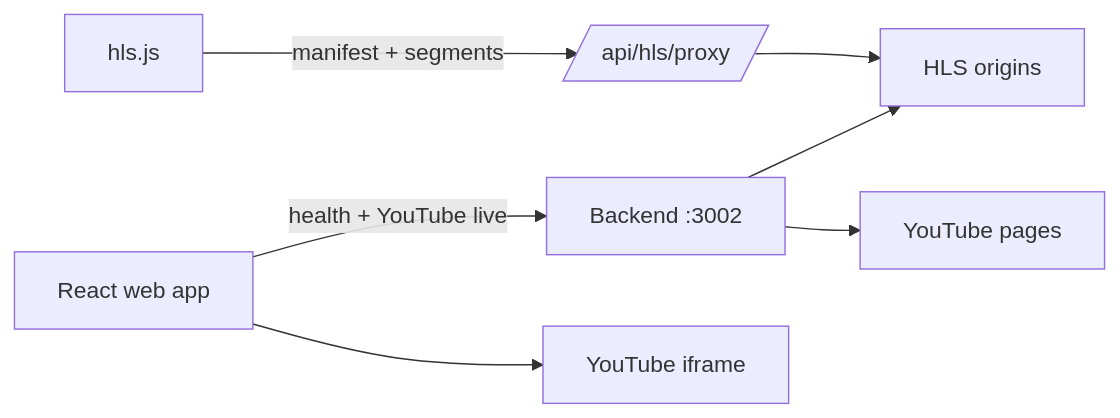
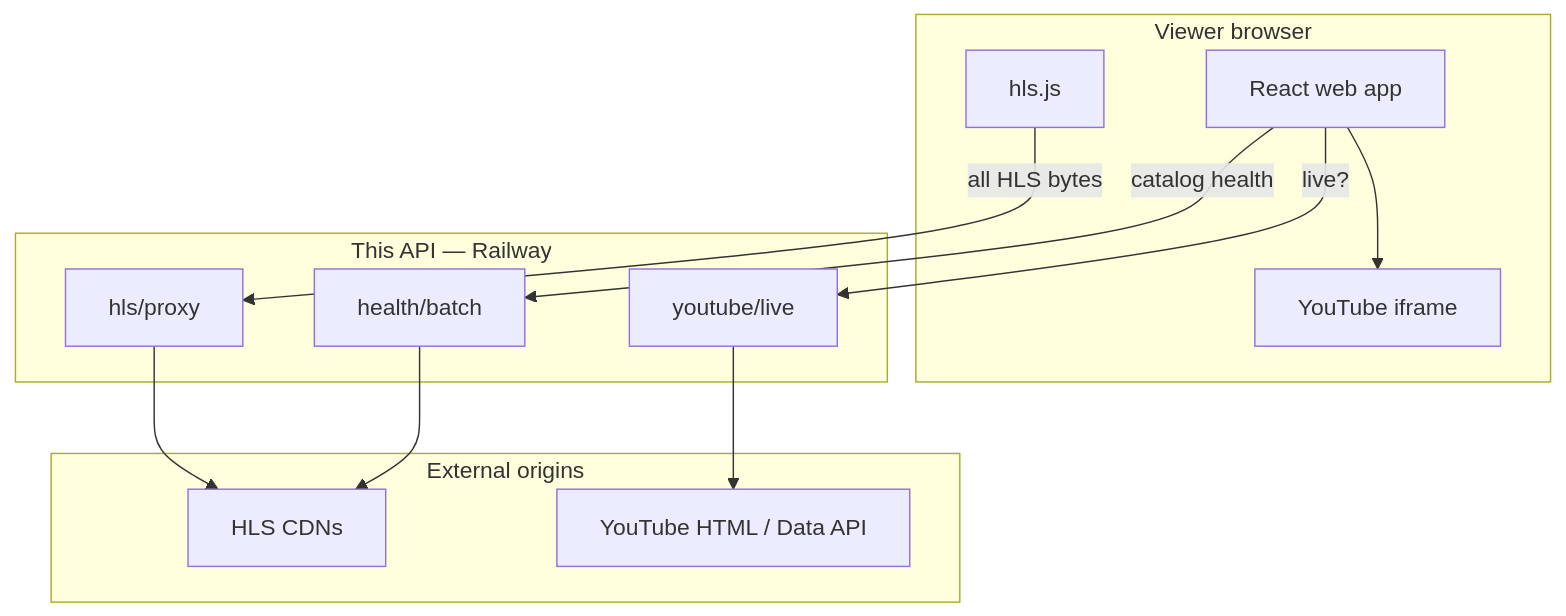
Before and after one commit to tejasvi-mehra/live-stream-aggregator-backend: the first of 3 diagrams in README.md, drawn with Mermaid. The commit also changed other lines of this file and 4 other files, not shown here.

````diff
--- a/README.md
+++ b/README.md
@@ -41,9 +38,27 @@
 ```mermaid
-flowchart LR
-  Browser[React web app] -->|health + YouTube live| API[Backend :3002]
-  HlsJs[hls.js] -->|manifest + segments| Proxy[/api/hls/proxy/]
-  Proxy --> Origin[HLS origins]
-  API --> Origin
-  API --> YouTube[YouTube pages]
-  Browser --> YTIframe[YouTube iframe]
+flowchart TB
+  subgraph browser [Viewer browser]
+    App[React web app]
+    HlsJs[hls.js]
+    YT[YouTube iframe]
+  end
+
+  subgraph api [This API — Railway]
+    BatchHealth[health/batch]
+    Proxy[hls/proxy]
+    YTLive[youtube/live]
+  end
+
+  subgraph origins [External origins]
+    CDNs[HLS CDNs]
+    YTPages[YouTube HTML / Data API]
+  end
+
+  App -->|catalog health| BatchHealth
+  BatchHealth --> CDNs
+  HlsJs -->|all HLS bytes| Proxy
+  Proxy --> CDNs
+  App -->|live?| YTLive
+  YTLive --> YTPages
+  App --> YT
 ```
````
